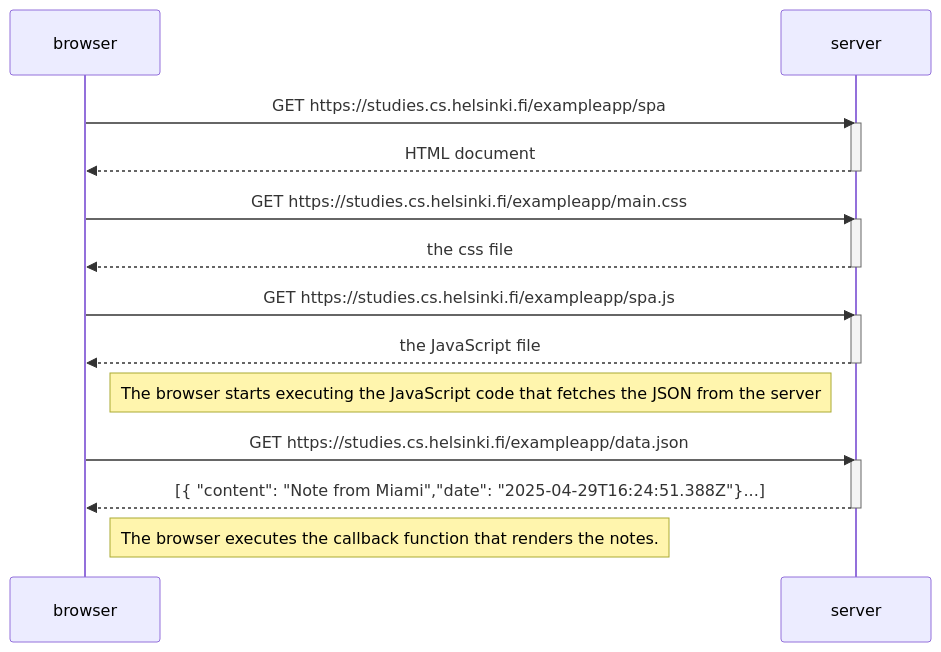
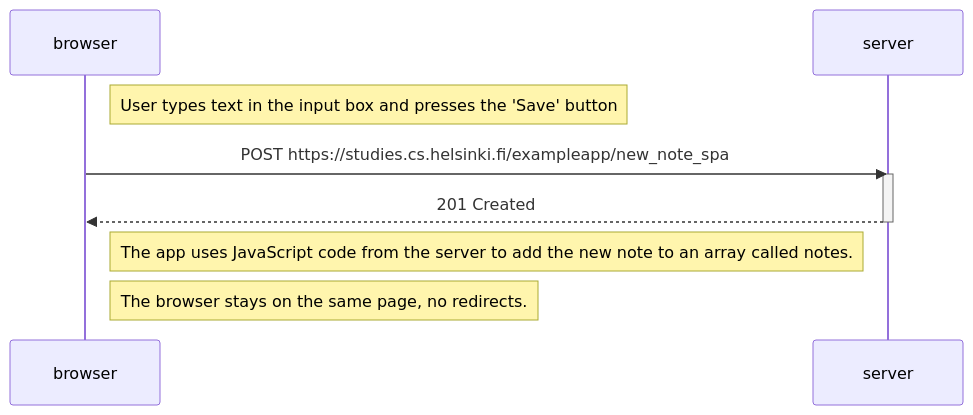
Before and after one commit to cristinabaldor/fullstackopen: the diagram in part0/06_new_note_spa_diagram.md, drawn with Mermaid. The commit also changed 1 other file, not shown here.

Commit message:
addl saves

````diff
--- a/part0/06_new_note_spa_diagram.md
+++ b/part0/06_new_note_spa_diagram.md
@@ -1,29 +1,16 @@
 ```mermaid
 sequenceDiagram
     participant browser
     participant server
 
-    browser->>server: GET https://studies.cs.helsinki.fi/exampleapp/spa
+    Note right of browser: User types text in the input box and presses the 'Save' button
+
+    browser->>server: POST https://studies.cs.helsinki.fi/exampleapp/new_note_spa
     activate server
-    server-->>browser: HTML document
+    server-->>browser: 201 Created
     deactivate server
 
-    browser->>server: GET https://studies.cs.helsinki.fi/exampleapp/main.css
-    activate server
-    server-->>browser: the css file
-    deactivate server
-
-    browser->>server: GET https://studies.cs.helsinki.fi/exampleapp/spa.js
-    activate server
-    server-->>browser: the JavaScript file
-    deactivate server
-
-    Note right of browser: The browser starts executing the JavaScript code that fetches the JSON from the server
-
-    browser->>server: GET https://studies.cs.helsinki.fi/exampleapp/data.json
-    activate server
-    server-->>browser: [{ "content": "Note from Miami","date": "2025-04-29T16:24:51.388Z"}...]
-    deactivate server
-
-    Note right of browser: The browser executes the callback function that renders the notes.
+    Note left of server: The app uses JavaScript code from the server to add the new note to an array called notes.
+    
+    Note right of browser: The browser stays on the same page, no redirects.
 ```
````
